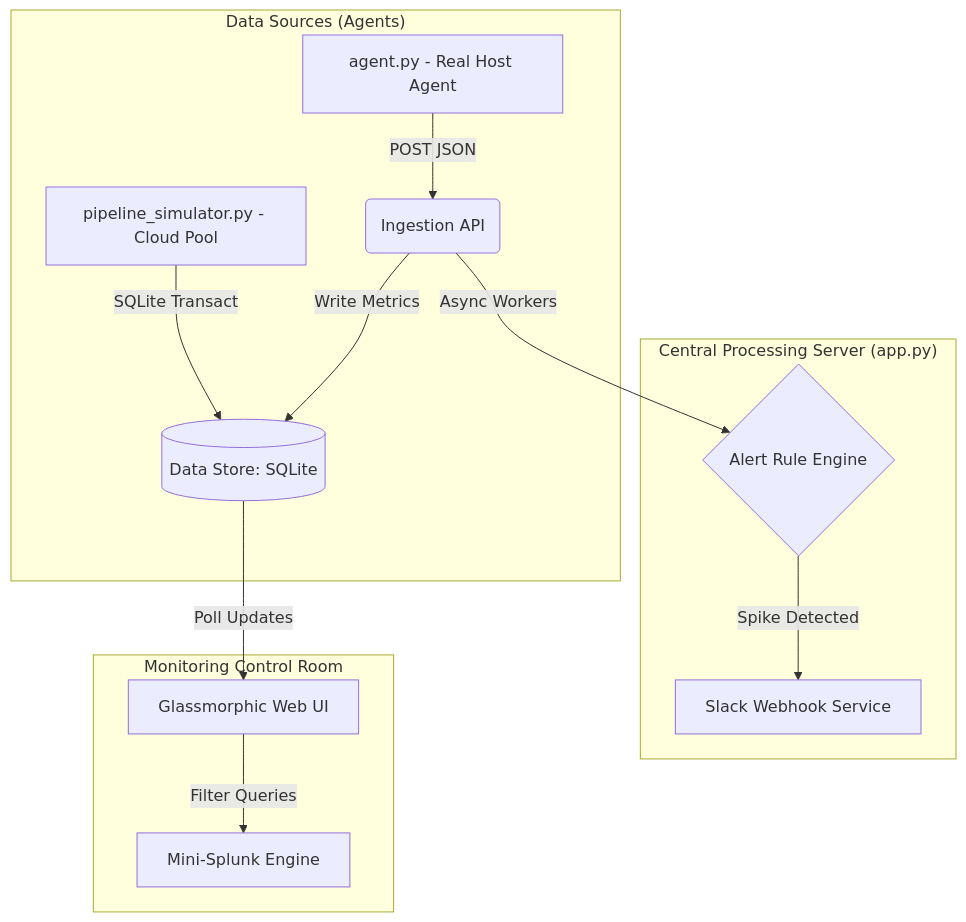
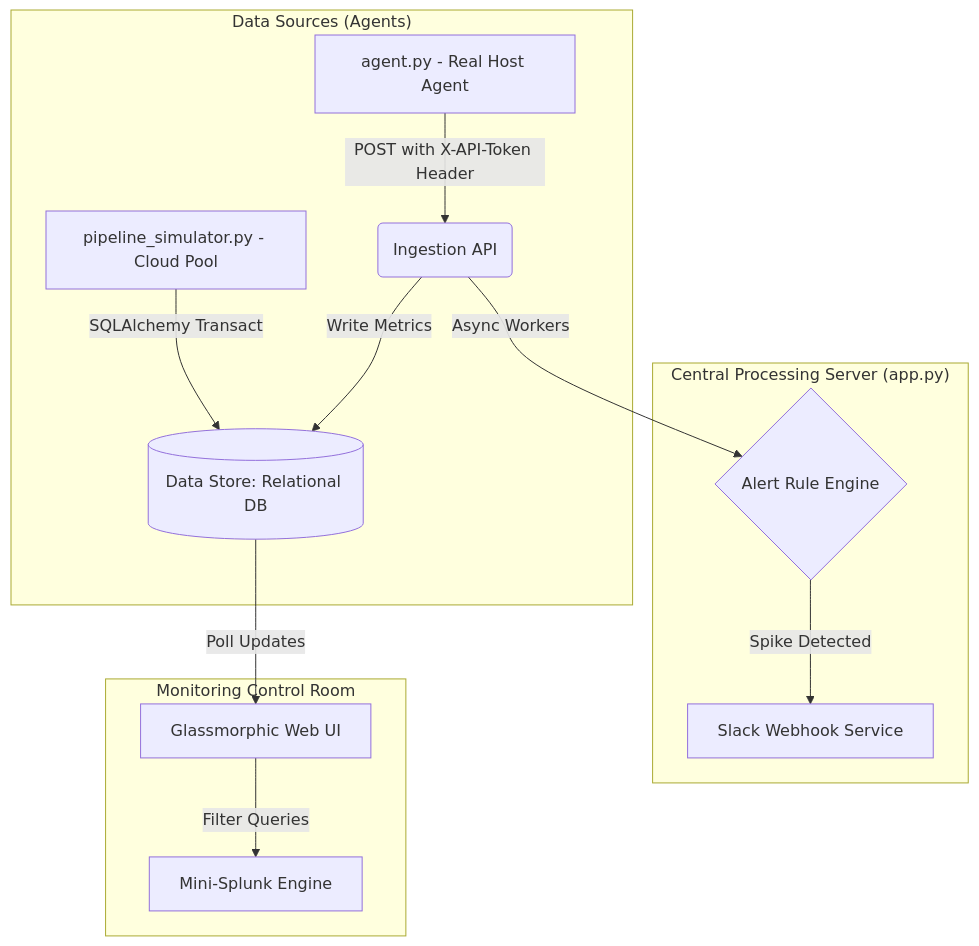
The diagram in README.md (nikki-nooka/Enterprise-Cloud-Monitoring-Pipeline), drawn with Mermaid before and after one commit. The commit also changed other lines of this file, not shown here.

Commit message:
Docs: Update README.md with API Token Security, remote agent configuration guide, and SQLAlchemy details

````diff
--- a/README.md
+++ b/README.md
@@ -19,18 +20,18 @@
 ```mermaid
 graph TD
     subgraph "Data Sources (Agents)"
-        A1[agent.py - Real Host Agent] -->|POST JSON| B(Ingestion API)
-        A2[pipeline_simulator.py - Cloud Pool] -->|SQLite Transact| C[(Data Store: SQLite)]
+        A1[agent.py - Real Host Agent] -->|POST with X-API-Token Header| B(Ingestion API)
+        A2[pipeline_simulator.py - Cloud Pool] -->|SQLAlchemy Transact| C[(Data Store: Relational DB)]
     end
 
     subgraph "Central Processing Server (app.py)"
         B -->|Async Workers| D{Alert Rule Engine}
         D -->|Spike Detected| E[Slack Webhook Service]
         B -->|Write Metrics| C
     end
 
-    subgraph Monitoring Control Room
+    subgraph "Monitoring Control Room"
         C -->|Poll Updates| F[Glassmorphic Web UI]
         F -->|Filter Queries| G[Mini-Splunk Engine]
     end
 ```
````
